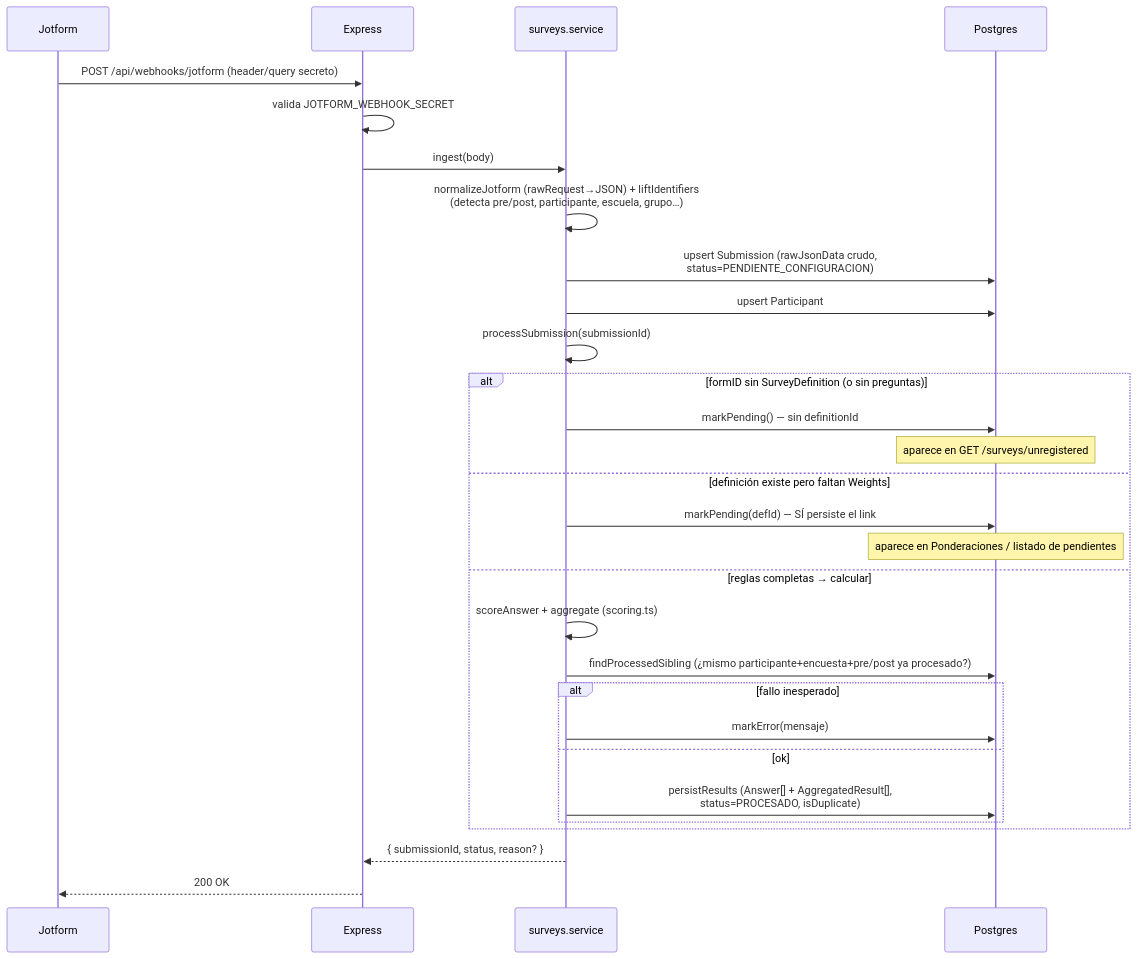
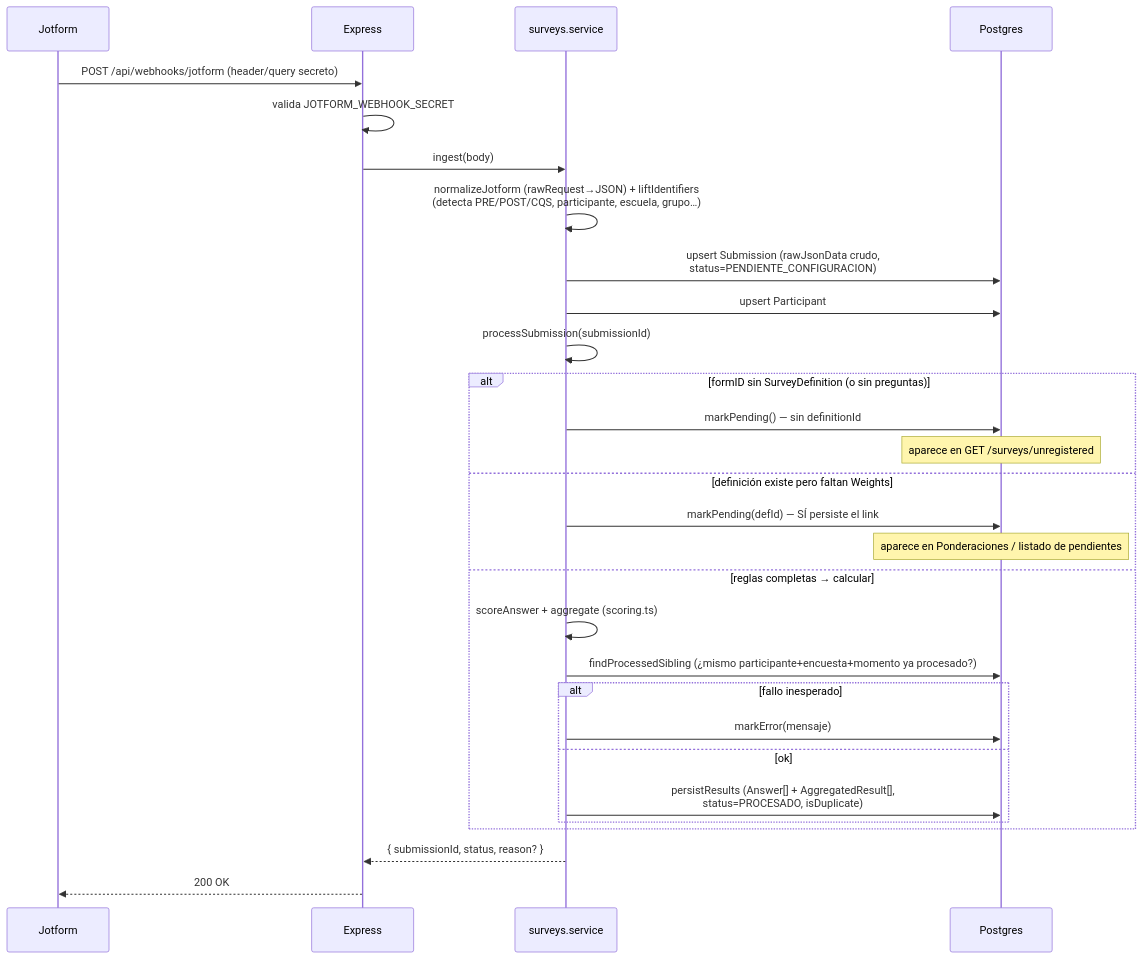
The third of 8 diagrams in docs/evaluaciones-flujo.md (Gustav0AB/epi-web), drawn with Mermaid before and after one commit. The commit also changed other lines of this file and 9 other files, not shown here.

````diff
--- a/docs/evaluaciones-flujo.md
+++ b/docs/evaluaciones-flujo.md
@@ -126,34 +130,34 @@
 ```mermaid
 sequenceDiagram
     participant JF as Jotform
     participant API as Express
     participant SVC as surveys.service
     participant DB as Postgres
 
     JF->>API: POST /api/webhooks/jotform (header/query secreto)
     API->>API: valida JOTFORM_WEBHOOK_SECRET
     API->>SVC: ingest(body)
-    SVC->>SVC: normalizeJotform (rawRequest→JSON) + liftIdentifiers<br/>(detecta pre/post, participante, escuela, grupo…)
+    SVC->>SVC: normalizeJotform (rawRequest→JSON) + liftIdentifiers<br/>(detecta PRE/POST/CQS, participante, escuela, grupo…)
     SVC->>DB: upsert Submission (rawJsonData crudo,<br/>status=PENDIENTE_CONFIGURACION)
     SVC->>DB: upsert Participant
     SVC->>SVC: processSubmission(submissionId)
 
     alt formID sin SurveyDefinition (o sin preguntas)
         SVC->>DB: markPending() — sin definitionId
         Note over DB: aparece en GET /surveys/unregistered
     else definición existe pero faltan Weights
         SVC->>DB: markPending(defId) — SÍ persiste el link
         Note over DB: aparece en Ponderaciones / listado de pendientes
     else reglas completas → calcular
         SVC->>SVC: scoreAnswer + aggregate (scoring.ts)
-        SVC->>DB: findProcessedSibling (¿mismo participante+encuesta+pre/post ya procesado?)
+        SVC->>DB: findProcessedSibling (¿mismo participante+encuesta+momento ya procesado?)
         alt fallo inesperado
             SVC->>DB: markError(mensaje)
         else ok
             SVC->>DB: persistResults (Answer[] + AggregatedResult[],<br/>status=PROCESADO, isDuplicate)
         end
     end
 
     SVC-->>API: { submissionId, status, reason? }
     API-->>JF: 200 OK
 ```
````
